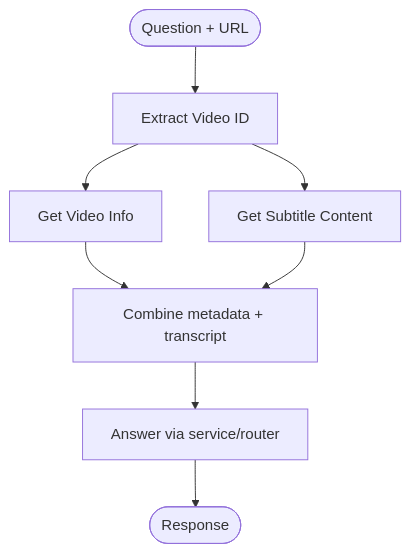
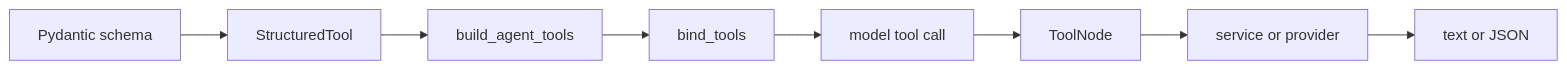
One commit to tashifkhan/tashif.codes changed the fourth of 5 diagrams in src/data/docs/agentic-browser/Tool System/Tool System.md. Above: the diagram before and after it, drawn with Mermaid. The commit also changed other lines of this file and 114 other files, not shown here.

````diff
--- a/src/data/docs/agentic-browser/Tool System/Tool System.md
+++ b/src/data/docs/agentic-browser/Tool System/Tool System.md
@@ -216,10 +132,10 @@
 ```mermaid
-flowchart TD
-QStart(["Question + URL"]) --> Extract["Extract Video ID"]
-Extract --> Info["Get Video Info"]
-Extract --> Subs["Get Subtitle Content"]
-Info --> Combine["Combine metadata + transcript"]
-Subs --> Combine
-Combine --> Answer["Answer via service/router"]
-Answer --> QEnd(["Response"])
+graph LR
+  Schema["Pydantic schema"] --> Tool["StructuredTool"]
+  Tool --> Registry["build_agent_tools"]
+  Registry --> Bind["bind_tools"]
+  Bind --> Model["model tool call"]
+  Model --> Node["ToolNode"]
+  Node --> Service["service or provider"]
+  Service --> Result["text or JSON"]
 ```
````
